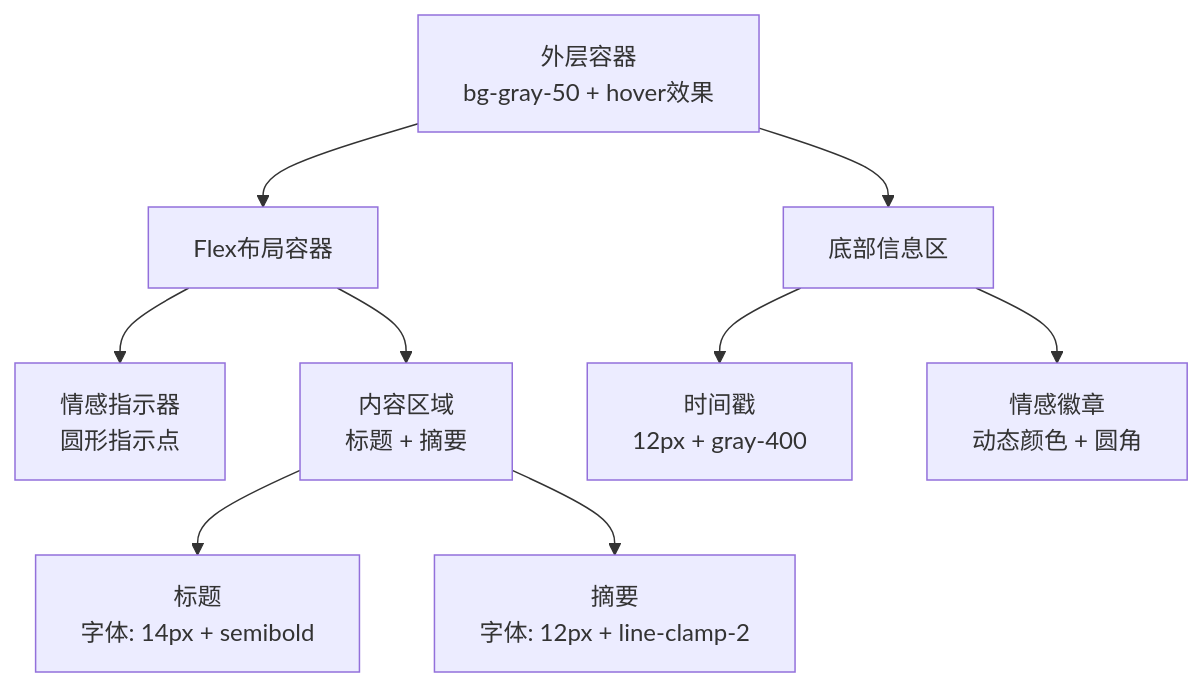
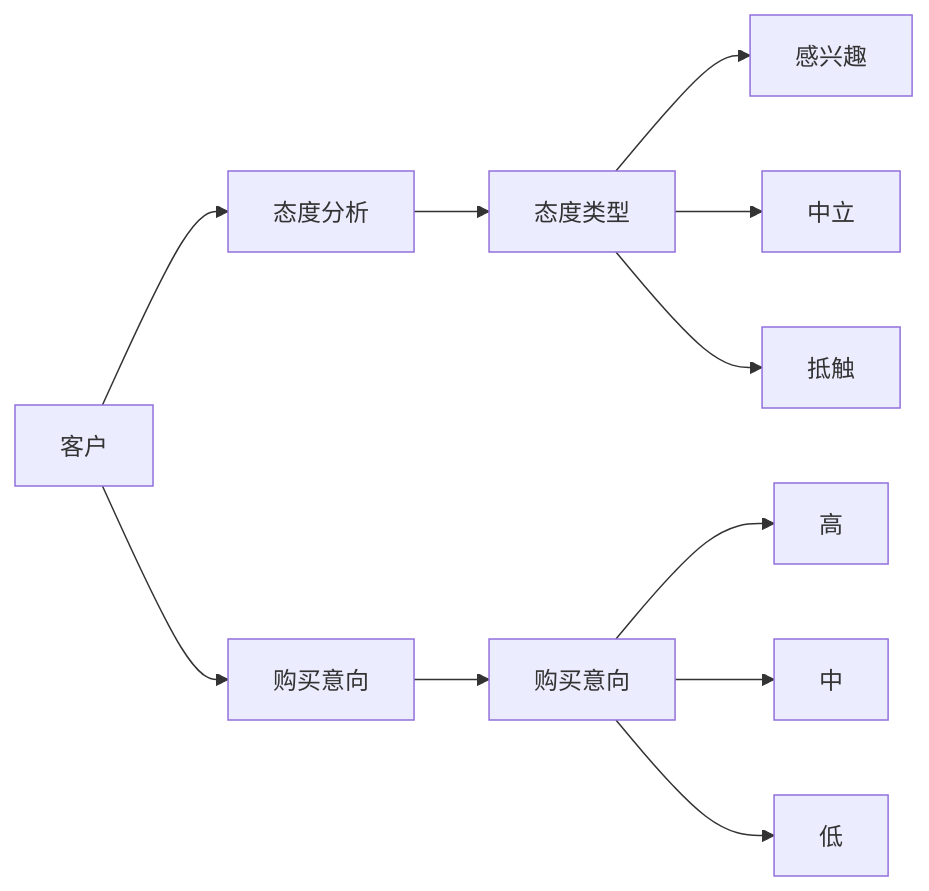
The fourth of 10 diagrams in .qoder/repowiki/zh/content/核心组件/AI音频分析组件 (AIAudioAnalysis).md (xianjianshenqu/SalesFlow-CRM), drawn with Mermaid before and after one commit. The commit also changed other lines of this file and 36 other files, not shown here.

````diff
--- a/.qoder/repowiki/zh/content/核心组件/AI音频分析组件 (AIAudioAnalysis).md
+++ b/.qoder/repowiki/zh/content/核心组件/AI音频分析组件 (AIAudioAnalysis).md
@@ -199,11 +218,13 @@
 ```mermaid
-graph TB
-Container[外层容器<br/>bg-gray-50 + hover效果] --> FlexContainer[Flex布局容器]
-FlexContainer --> Indicator[情感指示器<br/>圆形指示点]
-FlexContainer --> Content[内容区域<br/>标题 + 摘要]
-Content --> Title[标题<br/>字体: 14px + semibold]
-Content --> Summary[摘要<br/>字体: 12px + line-clamp-2]
-Container --> Footer[底部信息区]
-Footer --> Time[时间戳<br/>12px + gray-400]
-Footer --> SentimentBadge[情感徽章<br/>动态颜色 + 圆角]
+graph LR
+Customer[客户] --> Attitude[态度分析]
+Customer --> Intent[购买意向]
+Attitude --> AttitudeTypes[态度类型]
+Intent --> PurchaseIntent[购买意向]
+AttitudeTypes --> Interested[感兴趣]
+AttitudeTypes --> Neutral[中立]
+AttitudeTypes --> Resistant[抵触]
+PurchaseIntent --> High[高]
+PurchaseIntent --> Medium[中]
+PurchaseIntent --> Low[低]
 ```
````
